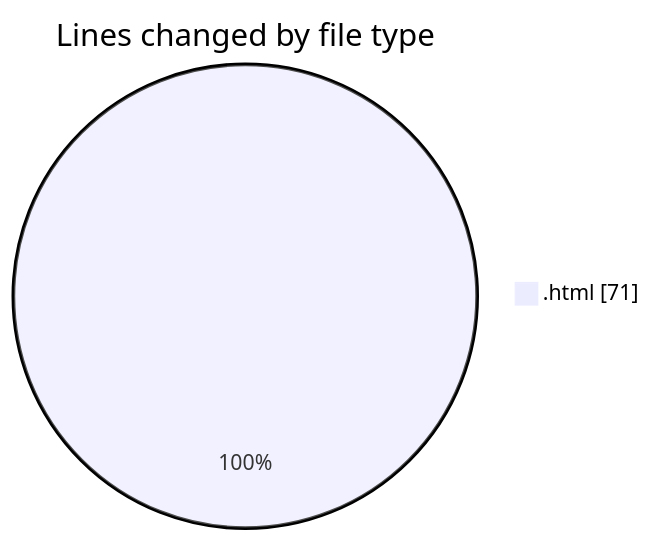
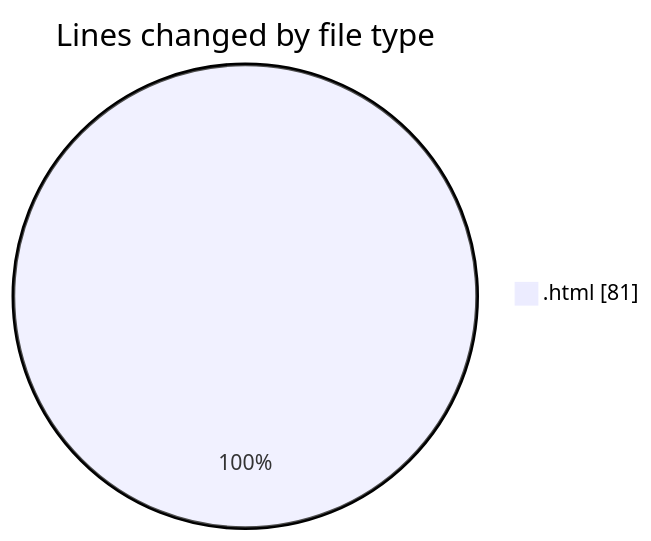
The first of 2 diagrams in 2025-01-07/nueva_carpeta/README.md (LanceThiago/code-tracking), drawn with Mermaid before and after one commit. The commit also changed other lines of this file and 1 other file, not shown here.

````diff
--- a/2025-01-07/nueva_carpeta/README.md
+++ b/2025-01-07/nueva_carpeta/README.md
@@ -20,5 +20,5 @@
 ```mermaid
 pie showData
 title Lines changed by file type
-".html" : 71
+".html" : 81
 ```
````
